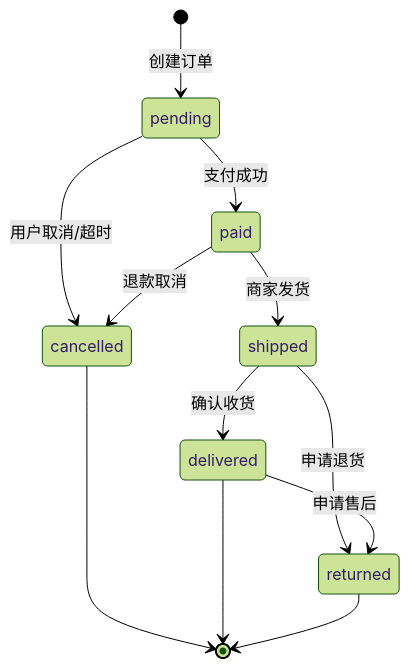
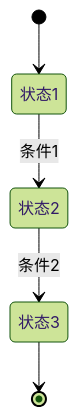
Before and after one commit to HaoranTong/ecommerce_platform: the third of 3 diagrams in docs/modules/order-management/design.md, drawn with Mermaid (forest theme). The commit also changed other lines of this file and 184 other files, not shown here.

````diff
--- a/docs/modules/order-management/design.md
+++ b/docs/modules/order-management/design.md
@@ -275,14 +138,7 @@
 ```mermaid
 stateDiagram-v2
-    [*] --> pending: 创建订单
-    pending --> paid: 支付成功
-    pending --> cancelled: 用户取消/超时
-    paid --> shipped: 商家发货
-    paid --> cancelled: 退款取消
-    shipped --> delivered: 确认收货
-    shipped --> returned: 申请退货
-    delivered --> returned: 申请售后
-    cancelled --> [*]
-    delivered --> [*]
-    returned --> [*]
+    [*] --> 状态1
+    状态1 --> 状态2: 条件1
+    状态2 --> 状态3: 条件2
+    状态3 --> [*]
 ```
````
